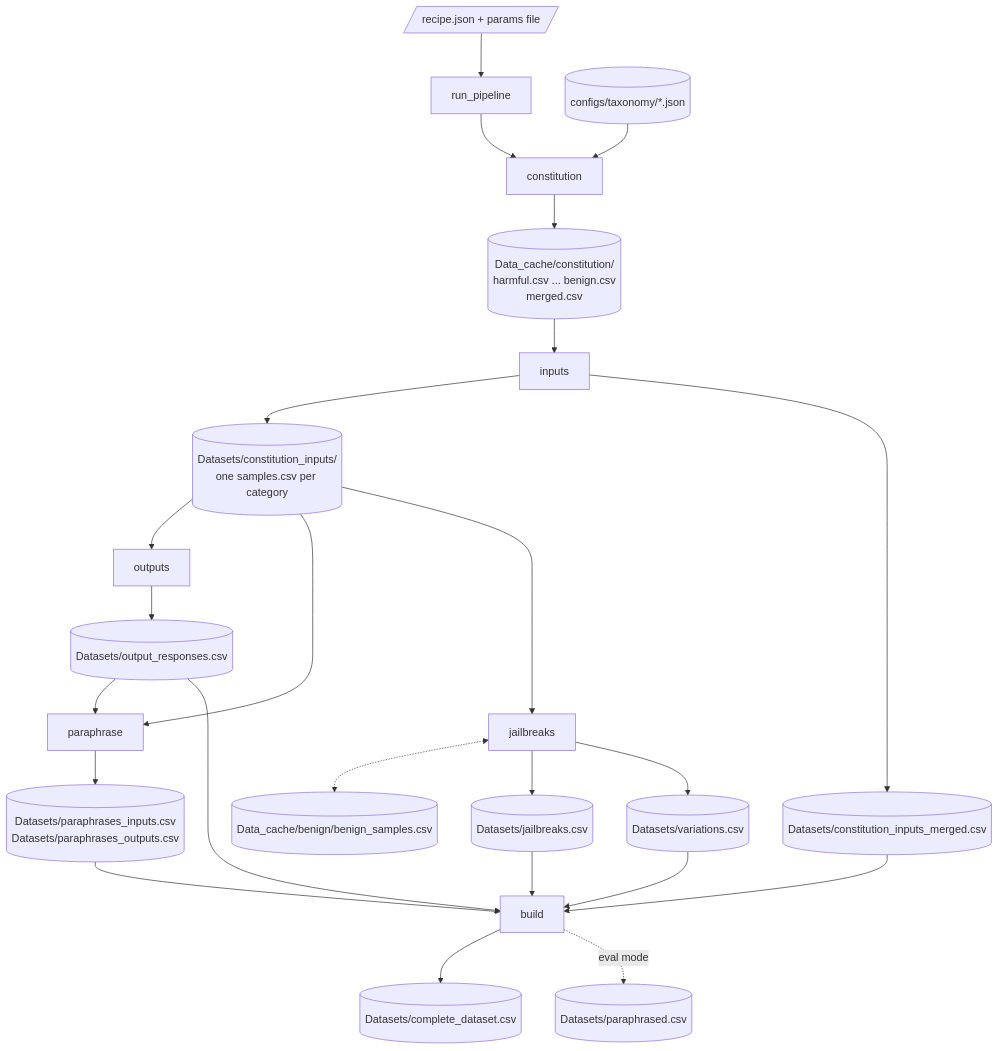
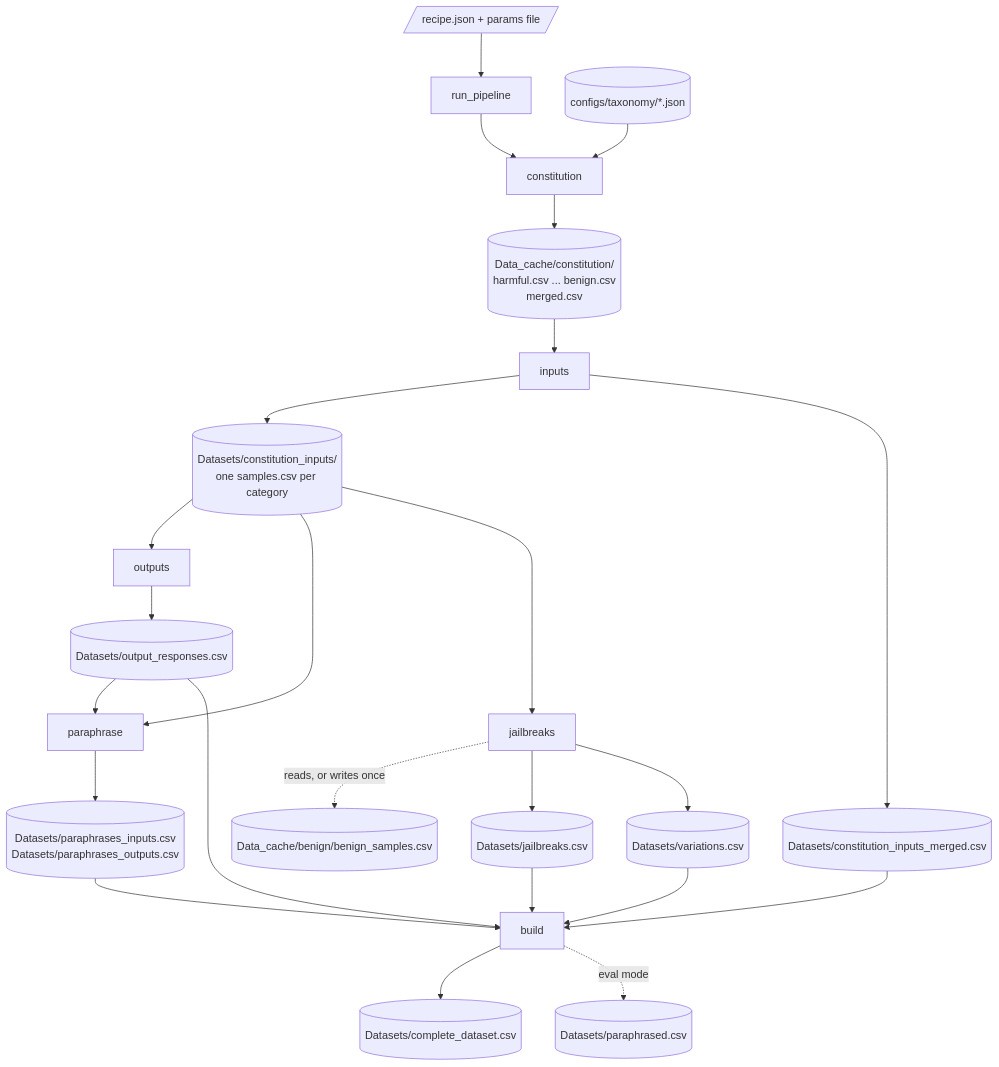
One commit to CentreSecuriteIA/REDACT changed the diagram in docs/overview.md. Above: the diagram before and after it, drawn with Mermaid. The commit also changed 2 other files, not shown here.

Commit message:
Tighten three statements in the docs and the diagram's benign-cache edge

````diff
--- a/docs/overview.md
+++ b/docs/overview.md
@@ -43,26 +43,26 @@
 ```mermaid
 flowchart TD
     recipe[/"recipe.json + params file"/] --> driver["run_pipeline"]
     taxonomy[("configs/taxonomy/*.json")] --> constitution
     driver --> constitution["constitution"]
     constitution --> const[("Data_cache/constitution/<br/>harmful.csv ... benign.csv<br/>merged.csv")]
     const --> inputs["inputs"]
     inputs --> tree[("Datasets/constitution_inputs/<br/>one samples.csv per category")]
     inputs --> merged[("Datasets/constitution_inputs_merged.csv")]
     tree --> outputs["outputs"]
     tree --> paraphrase["paraphrase"]
     tree --> jailbreaks["jailbreaks"]
     outputs --> resp[("Datasets/output_responses.csv")]
     resp --> paraphrase
     paraphrase --> para[("Datasets/paraphrases_inputs.csv<br/>Datasets/paraphrases_outputs.csv")]
-    jailbreaks <-.-> benign[("Data_cache/benign/benign_samples.csv")]
+    jailbreaks -.->|"reads, or writes once"| benign[("Data_cache/benign/benign_samples.csv")]
     jailbreaks --> jb[("Datasets/jailbreaks.csv")]
     jailbreaks --> var[("Datasets/variations.csv")]
     merged --> build["build"]
     resp --> build
     para --> build
     jb --> build
     var --> build
     build --> complete[("Datasets/complete_dataset.csv")]
     build -.->|eval mode| parad[("Datasets/paraphrased.csv")]
 ```
````
